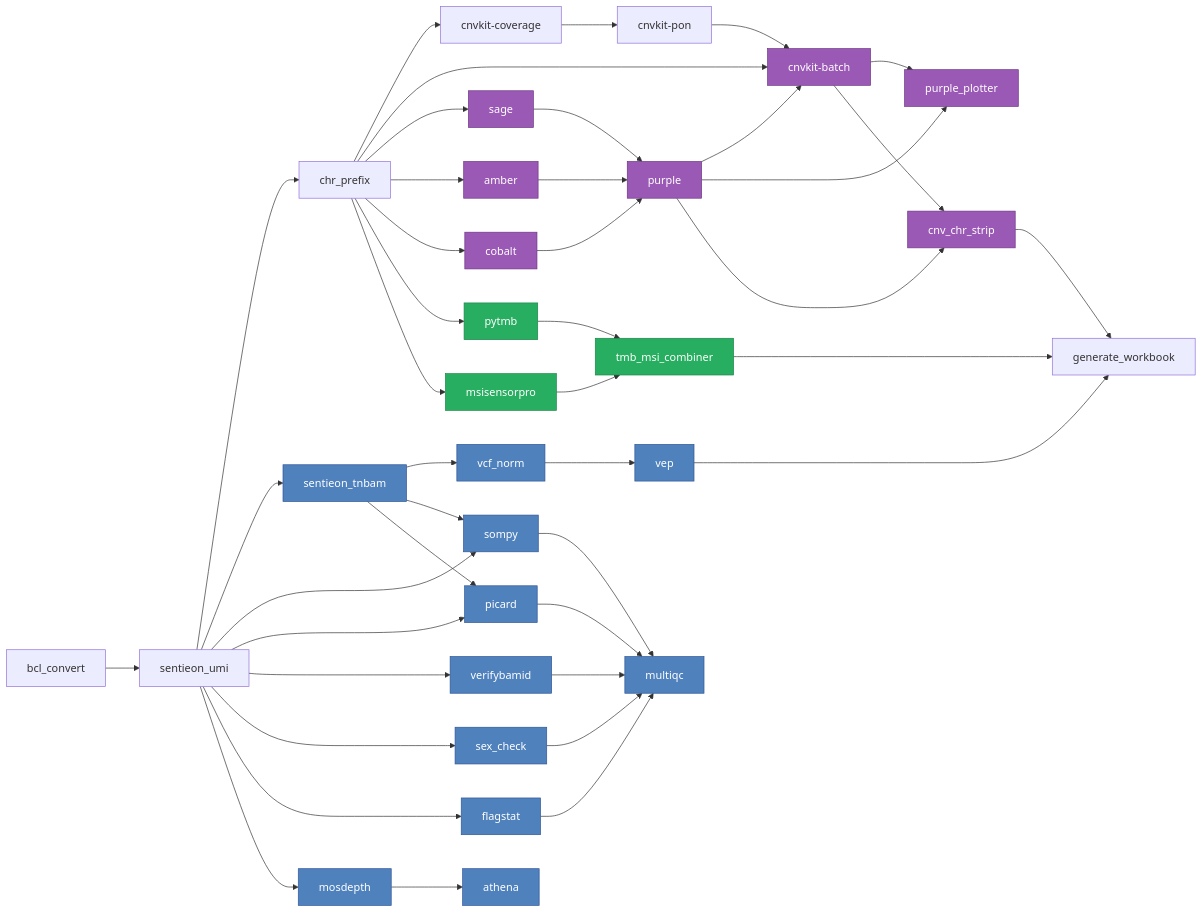
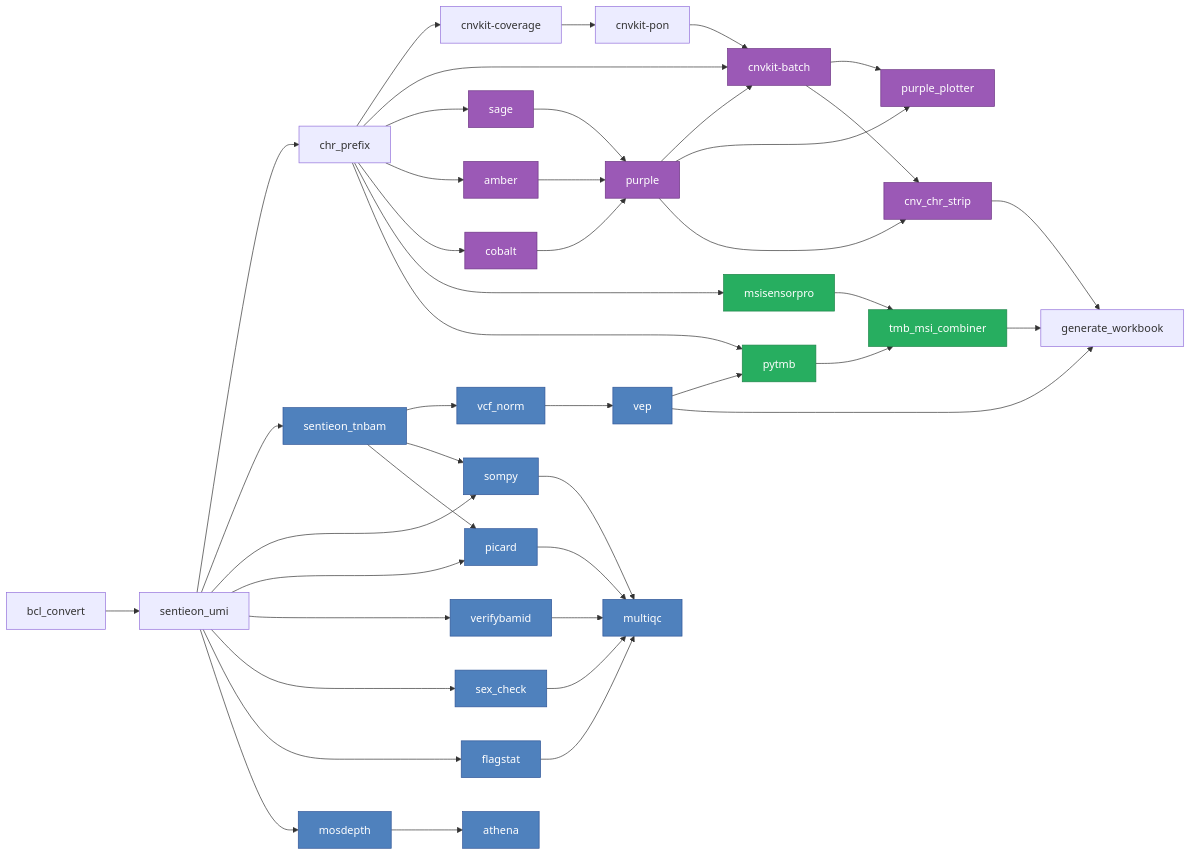
One commit to eastgenomics/atlas_pipeline_diagram changed the diagram in README.md. Above: the diagram before and after it, drawn with Mermaid.

Commit message:
make pytmb dependent on vep

````diff
--- a/README.md
+++ b/README.md
@@ -11,53 +11,54 @@
 ```mermaid
 flowchart LR
     bcl_convert --> sentieon_umi
     sentieon_umi --> chr_prefix
 
     %% CNVs
     chr_prefix --> cnvkit_coverage[cnvkit-coverage]
     cnvkit_coverage --> cnvkit_pon[cnvkit-pon]
     chr_prefix --> cnvkit_batch[cnvkit-batch]
     cnvkit_pon --> cnvkit_batch
     chr_prefix --> sage
     chr_prefix --> amber
     chr_prefix --> cobalt
     sage --> purple
     amber --> purple
     cobalt --> purple
     purple --> cnvkit_batch
     purple --> purple_plotter
     cnvkit_batch --> purple_plotter
     purple --> cnv_chr_strip
     cnvkit_batch --> cnv_chr_strip
     cnv_chr_strip --> generate_workbook
     
     %% TMB and MSI
+    chr_prefix --> msisensorpro
+    msisensorpro --> tmb_msi_combiner
     chr_prefix --> pytmb
-    chr_prefix --> msisensorpro
-    pytmb --> tmb_msi_combiner
-    msisensorpro --> tmb_msi_combiner
+    vep --> pytmb
+    pytmb --> tmb_msi_combiner    
     tmb_msi_combiner --> generate_workbook
 
     %% Main workflow - SNVs and QC
     sentieon_umi --> sentieon_tnbam
     sentieon_tnbam --> vcf_norm --> vep --> generate_workbook
     sentieon_tnbam --> sompy
     sompy --> multiqc
     sentieon_tnbam --> picard
     picard --> multiqc
     sentieon_umi --> sompy
     sentieon_umi --> picard
     sentieon_umi --> verifybamid --> multiqc
     sentieon_umi --> sex_check --> multiqc
     sentieon_umi --> flagstat --> multiqc
     sentieon_umi --> mosdepth --> athena
 
     %% Colour coding
     class sentieon_tnbam,vcf_norm,vep,sompy,picard,multiqc,verifybamid,sex_check,flagstat,mosdepth,athena main;
     class sage,amber,cobalt,purple,cnvkit_batch,cnv_chr_strip,purple_plotter cnv;
     class pytmb,msisensorpro,tmb_msi_combiner msi;
 
     classDef main fill:#4f81bd,stroke:#2f5597,color:#fff;
     classDef cnv fill:#9b59b6,stroke:#6c3483,color:#fff;
     classDef msi fill:#27ae60,stroke:#1e8449,color:#fff;
 ```
````
